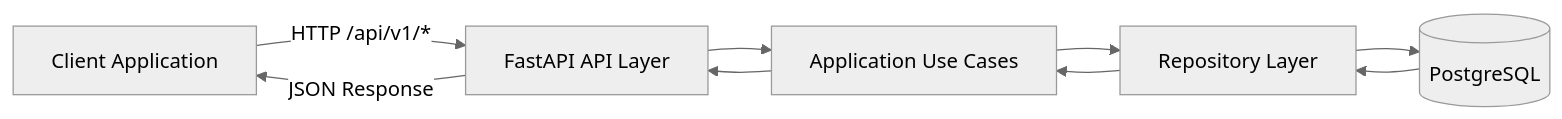
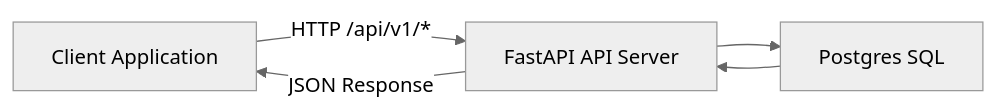
The diagram in README.md (siantika/be-carwash-demo), drawn with Mermaid (neutral theme) before and after one commit. The commit also changed other lines of this file, not shown here.

Commit message:
Update README.MD: Remove duplicate content and concise the High Level Architecture

````diff
--- a/README.md
+++ b/README.md
@@ -58,11 +58,8 @@
 ```mermaid
 flowchart LR
-    C[Client Application] -->|HTTP /api/v1/*| A[FastAPI API Layer]
-    A --> U[Application Use Cases]
-    U --> R[Repository Layer]
-    R --> P[(PostgreSQL)]
-    P --> R
-    R --> U
-    U --> A
-    A -->|JSON Response| C
+    C[Client Application] -->|HTTP /api/v1/*| A[FastAPI API Server]
+    A --> |JSON Response|C
+    A --> P[Postgres SQL]
+    P --> A
+
 ```
````
